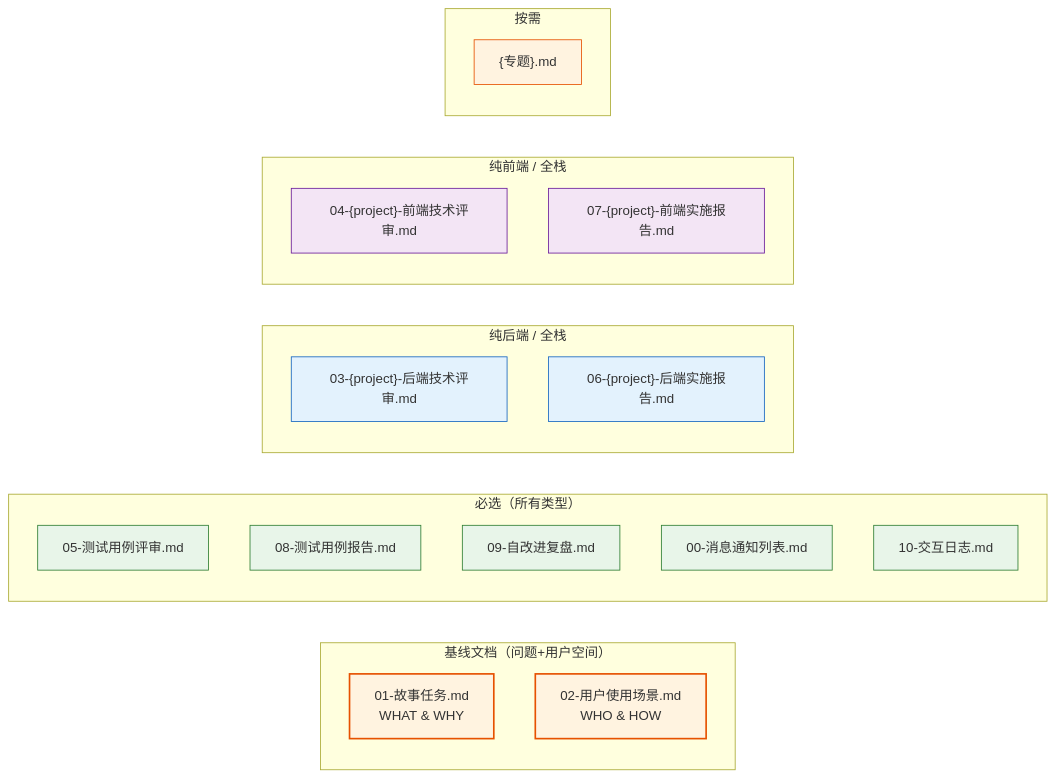
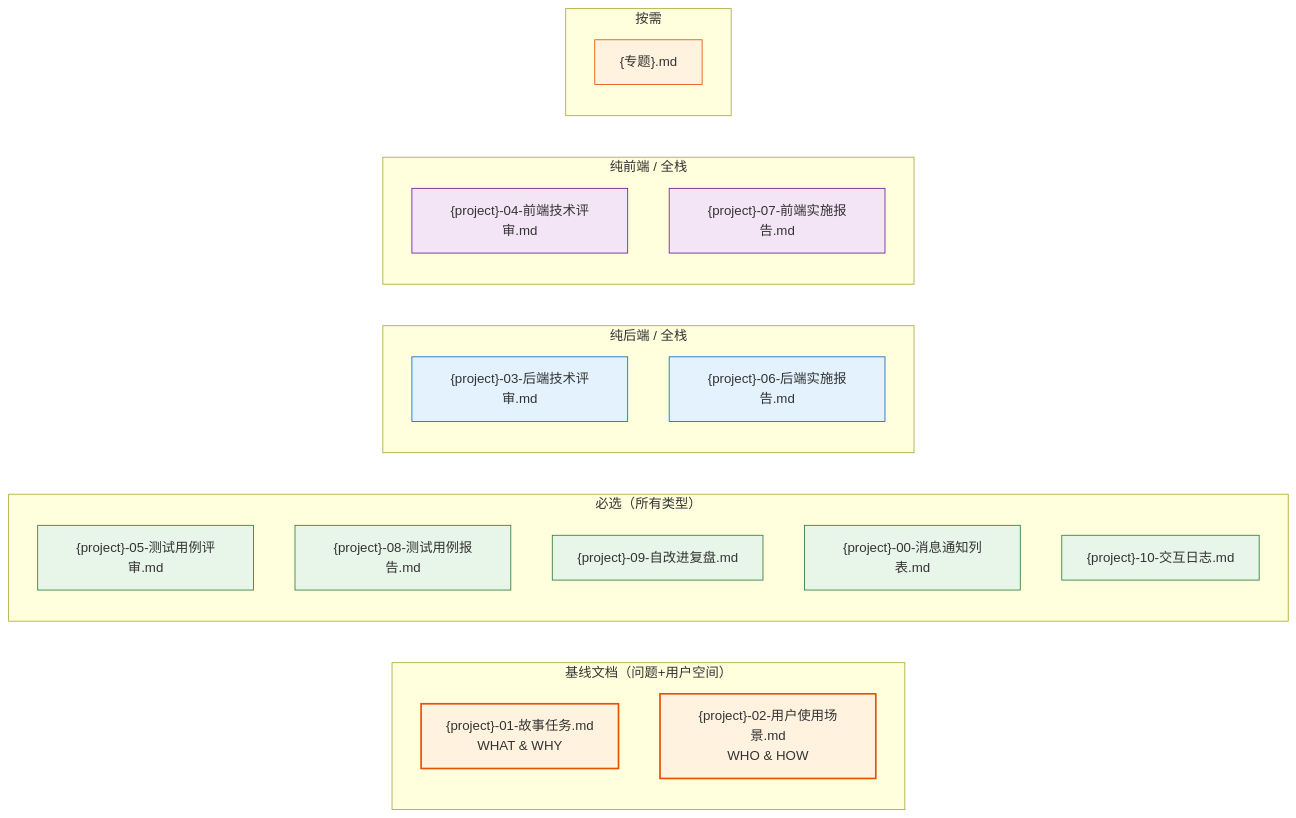
Before and after one commit to effiy/YrY: the first of 5 diagrams in skills/rui/coder.md, drawn with Mermaid. The commit also changed other lines of this file and 17 other files, not shown here.

````diff
--- a/skills/rui/coder.md
+++ b/skills/rui/coder.md
@@ -18,31 +18,31 @@
 ```mermaid
 flowchart LR
     subgraph 基线["基线文档（问题+用户空间）"]
-        B1["01-故事任务.md<br/>WHAT & WHY"]:::baseline
-        B7["02-用户使用场景.md<br/>WHO & HOW"]:::baseline
+        B1["{project}-01-故事任务.md<br/>WHAT & WHY"]:::baseline
+        B7["{project}-02-用户使用场景.md<br/>WHO & HOW"]:::baseline
     end
     subgraph 必选["必选（所有类型）"]
-        B2["05-测试用例评审.md"]:::must
-        B3["08-测试用例报告.md"]:::must
-        B4["09-自改进复盘.md"]:::must
-        B5["00-消息通知列表.md"]:::must
-        B6["10-交互日志.md"]:::must
+        B2["{project}-05-测试用例评审.md"]:::must
+        B3["{project}-08-测试用例报告.md"]:::must
+        B4["{project}-09-自改进复盘.md"]:::must
+        B5["{project}-00-消息通知列表.md"]:::must
+        B6["{project}-10-交互日志.md"]:::must
     end
     subgraph 后端["纯后端 / 全栈"]
-        C1["03-{project}-后端技术评审.md"]:::be
-        C2["06-{project}-后端实施报告.md"]:::be
+        C1["{project}-03-后端技术评审.md"]:::be
+        C2["{project}-06-后端实施报告.md"]:::be
     end
     subgraph 前端["纯前端 / 全栈"]
-        D1["04-{project}-前端技术评审.md"]:::fe
-        D2["07-{project}-前端实施报告.md"]:::fe
+        D1["{project}-04-前端技术评审.md"]:::fe
+        D2["{project}-07-前端实施报告.md"]:::fe
     end
     subgraph 补充["按需"]
         E1["{专题}.md"]:::supp
     end
 
     classDef baseline fill:#fff3e0,stroke:#e65100,stroke-width:2px;
     classDef must fill:#e8f5e9,stroke:#2e7d32;
     classDef be fill:#e3f2fd,stroke:#1565c0;
     classDef fe fill:#f3e5f5,stroke:#6a1b9a;
     classDef supp fill:#fff3e0,stroke:#e65100;
 ```
````
